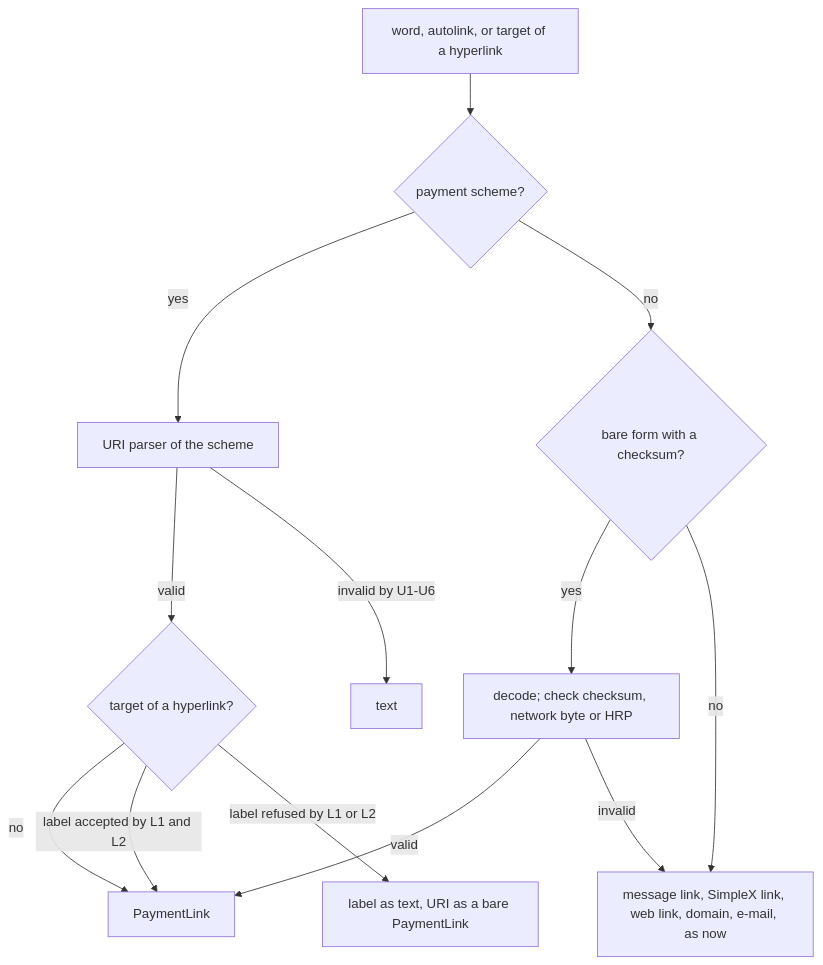
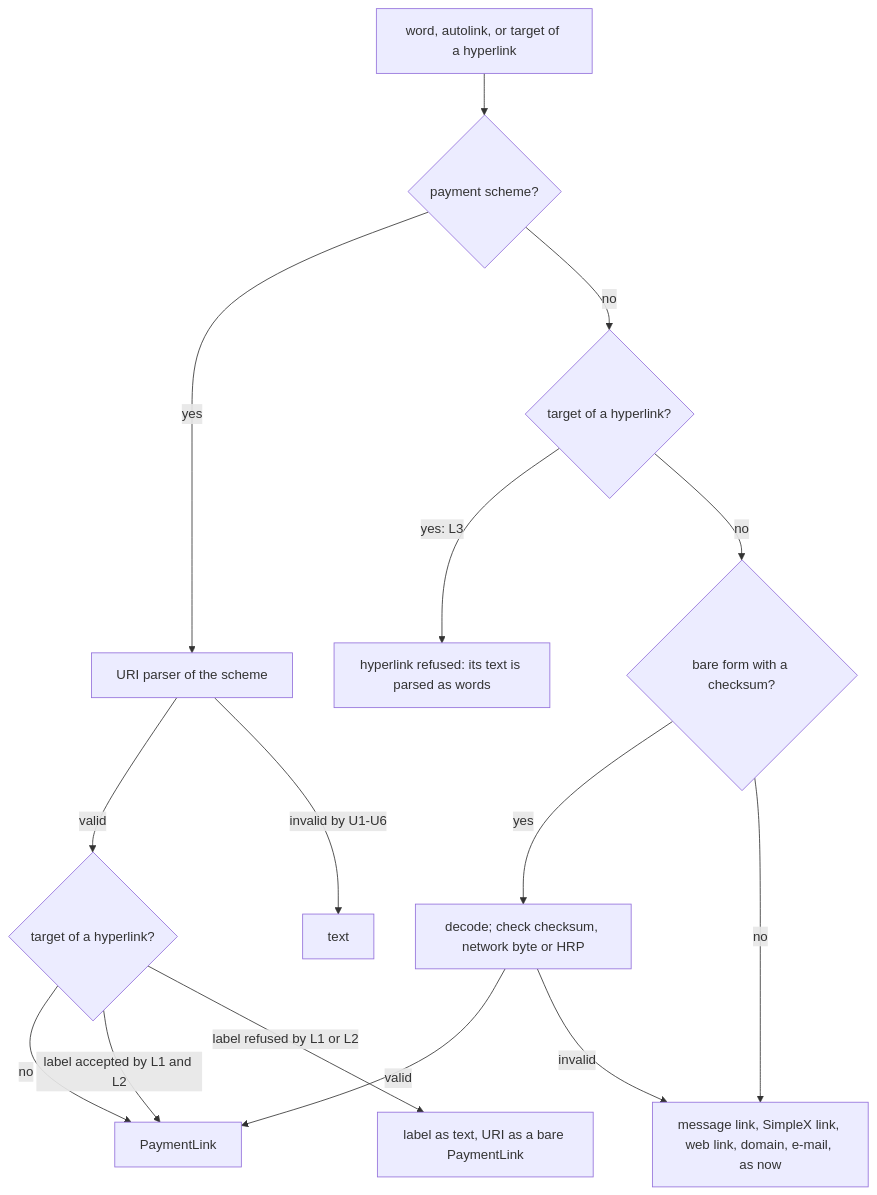
The first of 3 diagrams in plans/2026-11-22-payment-addresses.md (simplex-chat/simplex-chat), drawn with Mermaid before and after one commit. The commit also changed other lines of this file, not shown here.

Commit message:
docs: payment addresses plan states the target rule, the token checksum, the scheme list and the release of remote versions

````diff
--- a/plans/2026-11-22-payment-addresses.md
+++ b/plans/2026-11-22-payment-addresses.md
@@ -281,15 +284,17 @@
 ```mermaid
 flowchart TD
   W["word, autolink, or target of a hyperlink"] --> S{"payment scheme?"}
   S -->|yes| U["URI parser of the scheme"]
-  S -->|no| B{"bare form with a checksum?"}
+  S -->|no| H{"target of a hyperlink?"}
+  H -->|"yes: L3"| X["hyperlink refused: its text is parsed as words"]
+  H -->|no| B{"bare form with a checksum?"}
   B -->|yes| V["decode; check checksum, network byte or HRP"]
   B -->|no| O["message link, SimpleX link, web link, domain, e-mail, as now"]
   U -->|valid| L{"target of a hyperlink?"}
   U -->|"invalid by U1-U6"| T["text"]
   V -->|valid| P["PaymentLink"]
   V -->|invalid| O
   L -->|no| P
   L -->|"label accepted by L1 and L2"| P
   L -->|"label refused by L1 or L2"| R["label as text, URI as a bare PaymentLink"]
 ```
````
